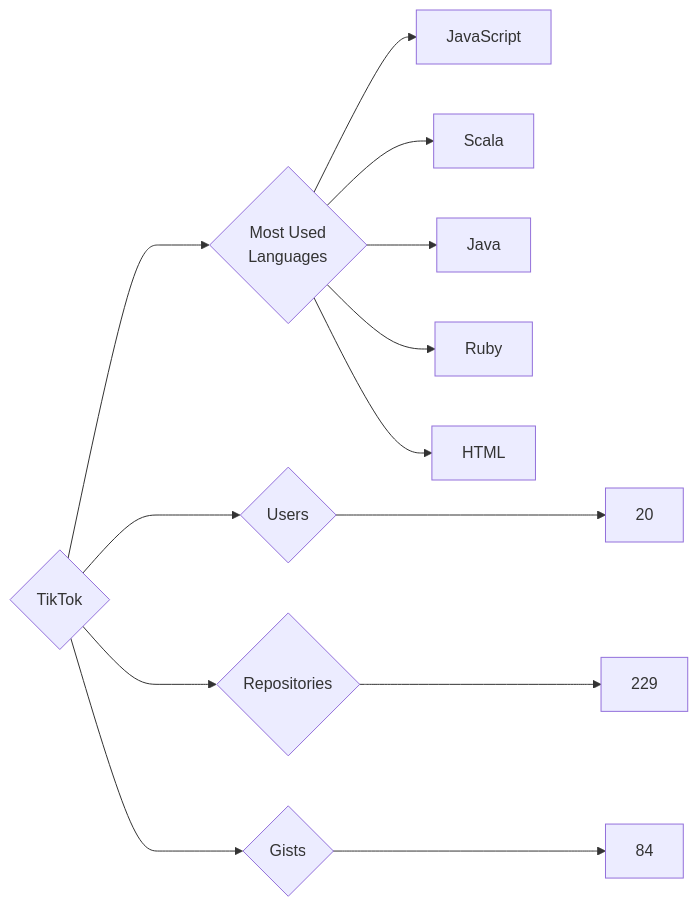
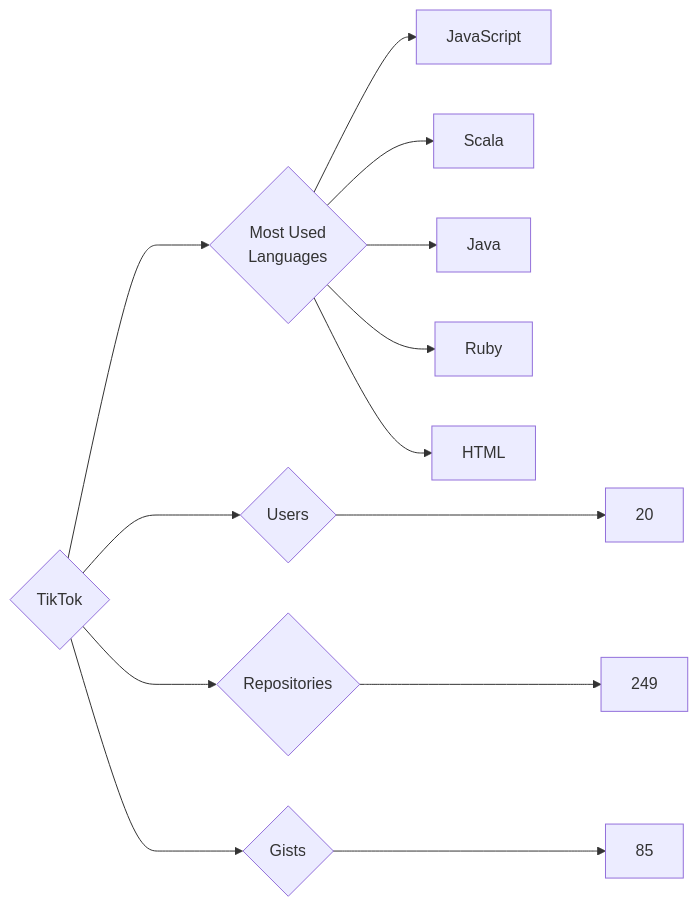
The diagram in targets/TikTok/README.md (trickest/insiders), drawn with Mermaid before and after one commit. The commit also changed 953 other files, not shown here.

````diff
--- a/targets/TikTok/README.md
+++ b/targets/TikTok/README.md
@@ -3,13 +3,13 @@
 ```mermaid
 graph LR
 COMPANY_NAME{TikTok}
 COMPANY_NAME ---> U{Users} ---> UN[20]
-COMPANY_NAME ---> R{Repositories} ---> RN[229]
-COMPANY_NAME ---> G{Gists} ---> GN[84]
+COMPANY_NAME ---> R{Repositories} ---> RN[249]
+COMPANY_NAME ---> G{Gists} ---> GN[85]
 COMPANY_NAME ---> ML{Most Used<br>Languages}
 ML --> JavaScript[JavaScript]
 ML --> Scala[Scala]
 ML --> Java[Java]
 ML --> Ruby[Ruby]
 ML --> HTML[HTML]
 ```
````
